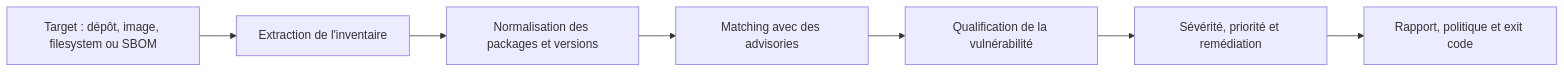
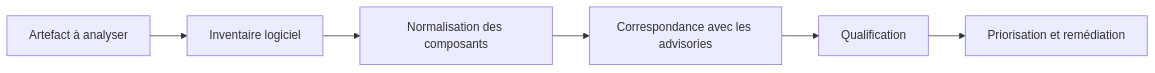
One commit to EtienneDeneuve/etiennedeneuve.github.io changed the diagram in src/content/blog/2026-07-29-trivy-osv-snyk-trois-definitions-du-risque.md. Above: the diagram before and after it, drawn with Mermaid. The commit also changed other lines of this file, not shown here.

````diff
--- a/src/content/blog/2026-07-29-trivy-osv-snyk-trois-definitions-du-risque.md
+++ b/src/content/blog/2026-07-29-trivy-osv-snyk-trois-definitions-du-risque.md
@@ -46,9 +34,8 @@
 ```mermaid
 flowchart LR
-    A["Target : dépôt, image, filesystem ou SBOM"] --> B["Extraction de l'inventaire"]
-    B --> C["Normalisation des packages et versions"]
-    C --> D["Matching avec des advisories"]
-    D --> E["Qualification de la vulnérabilité"]
-    E --> F["Sévérité, priorité et remédiation"]
-    F --> G["Rapport, politique et exit code"]
+    A["Artefact à analyser"] --> B["Inventaire logiciel"]
+    B --> C["Normalisation des composants"]
+    C --> D["Correspondance avec les advisories"]
+    D --> E["Qualification"]
+    E --> F["Priorisation et remédiation"]
 ```
````
